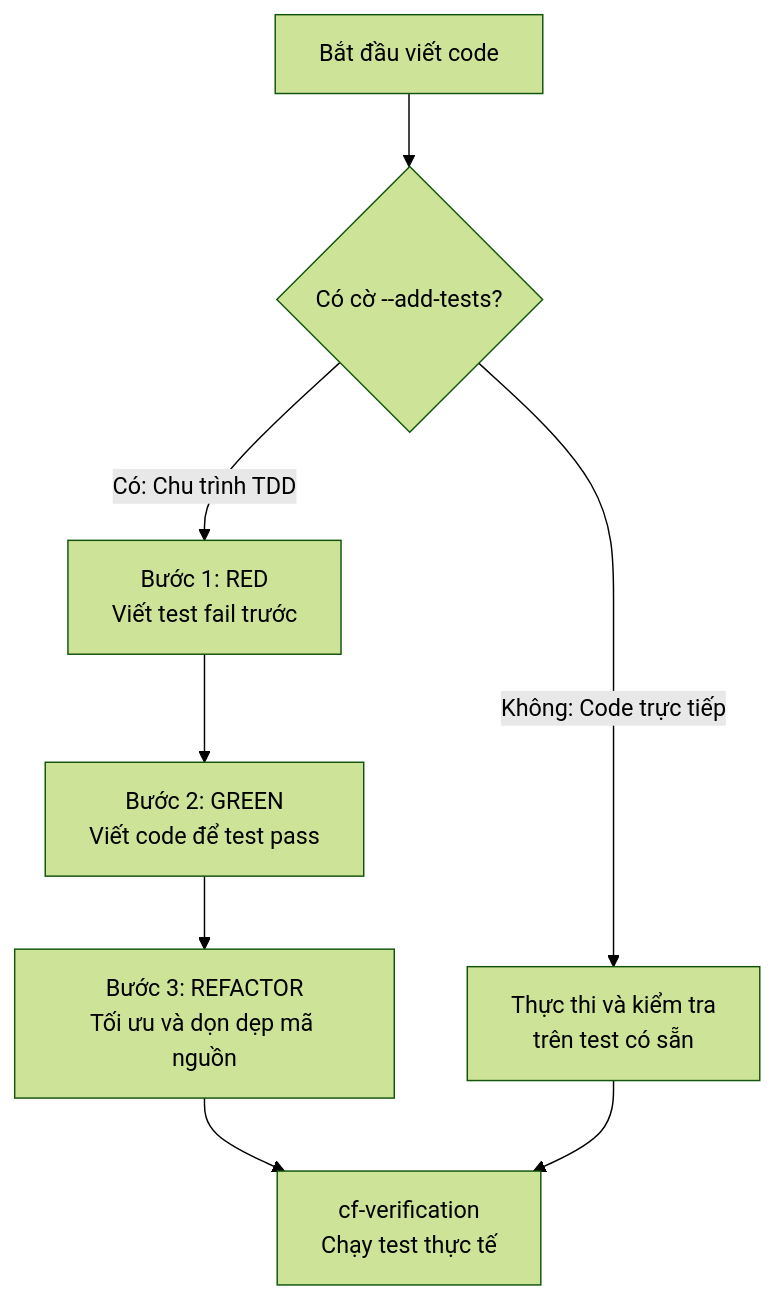
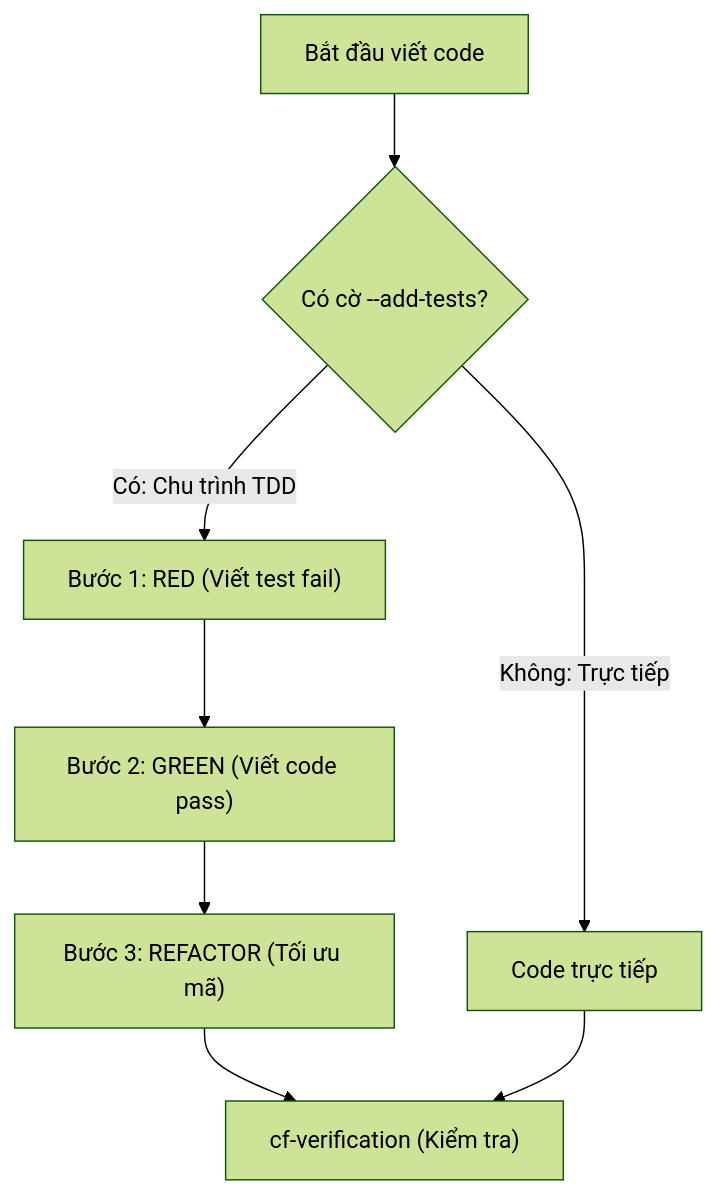
One commit to nguyengoctin/my_website changed the fourth of 6 diagrams in content/posts/toan-tap-coding-friend-ai-engineering.md. Above: the diagram before and after it, drawn with Mermaid (forest theme). The commit also changed other lines of this file and 9 other files, not shown here.

````diff
--- a/content/posts/toan-tap-coding-friend-ai-engineering.md
+++ b/content/posts/toan-tap-coding-friend-ai-engineering.md
@@ -119,10 +132,17 @@
 ```mermaid
 flowchart TD
-    StartDev["Bắt đầu viết code"] --> CheckTest{"Có cờ --add-tests?"}
-    CheckTest -->|Có: Chu trình TDD| Red["Bước 1: RED<br/>Viết test fail trước"]
-    Red --> Green["Bước 2: GREEN<br/>Viết code để test pass"]
-    Green --> Refactor["Bước 3: REFACTOR<br/>Tối ưu và dọn dẹp mã nguồn"]
-    CheckTest -->|Không: Code trực tiếp| Direct["Thực thi và kiểm tra<br/>trên test có sẵn"]
-    Refactor --> Verify["cf-verification<br/>Chạy test thực tế"]
+    StartDev["`Bắt đầu viết code`"]
+    CheckTest{"`Có cờ --add-tests?`"}
+    Red["`Bước 1: RED (Viết test fail)`"]
+    Green["`Bước 2: GREEN (Viết code pass)`"]
+    Refactor["`Bước 3: REFACTOR (Tối ưu mã)`"]
+    Direct["`Code trực tiếp`"]
+    Verify["`cf-verification (Kiểm tra)`"]
+    StartDev --> CheckTest
+    CheckTest -->|Có: Chu trình TDD| Red
+    Red --> Green
+    Green --> Refactor
+    CheckTest -->|Không: Trực tiếp| Direct
+    Refactor --> Verify
     Direct --> Verify
 ```
````
